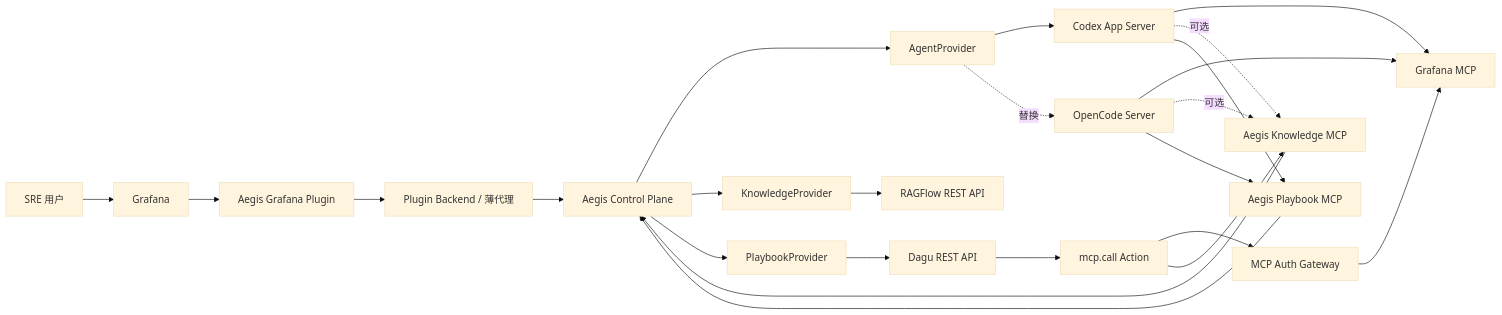
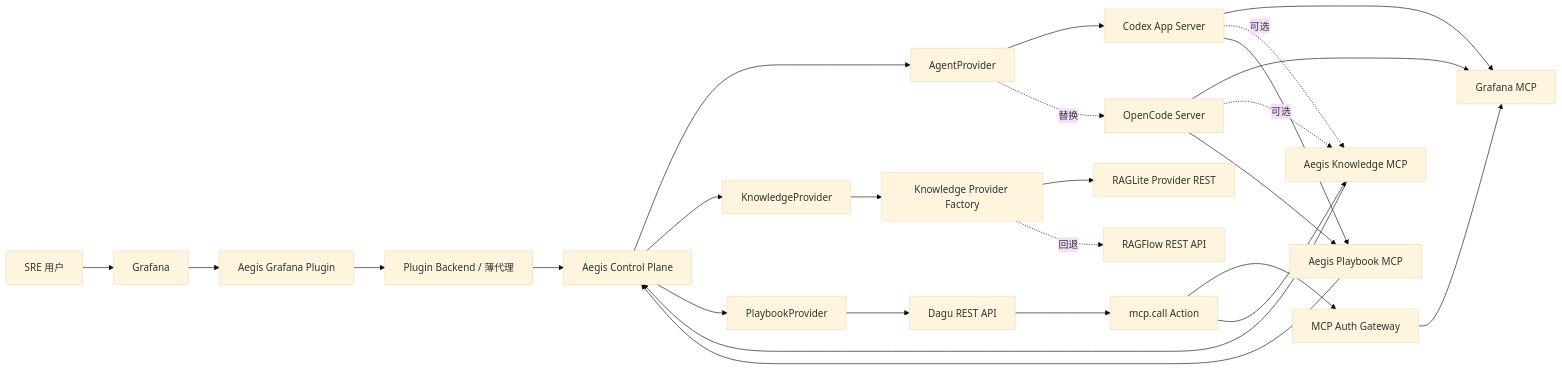
The diagram in docs/architecture.md (ChaonanShen/aegis-sre), drawn with Mermaid (base theme) before and after one commit. The commit also changed other lines of this file and 7 other files, not shown here.

Commit message:
docs: plan raglite knowledge provider migration

````diff
--- a/docs/architecture.md
+++ b/docs/architecture.md
@@ -18,30 +18,32 @@
 ```mermaid
 flowchart LR
     User["SRE 用户"] --> Grafana["Grafana"]
     Grafana --> Plugin["Aegis Grafana Plugin"]
     Plugin --> BFF["Plugin Backend / 薄代理"]
     BFF --> CP["Aegis Control Plane"]
 
     CP --> AgentPort["AgentProvider"]
     CP --> KnowledgePort["KnowledgeProvider"]
     CP --> PlaybookPort["PlaybookProvider"]
 
     AgentPort --> Codex["Codex App Server"]
     AgentPort -. "替换" .-> OpenCode["OpenCode Server"]
-    KnowledgePort --> RAGFlow["RAGFlow REST API"]
+    KnowledgePort --> KnowledgeFactory["Knowledge Provider Factory"]
+    KnowledgeFactory --> RAGLite["RAGLite Provider REST"]
+    KnowledgeFactory -. "回退" .-> RAGFlow["RAGFlow REST API"]
     PlaybookPort --> Dagu["Dagu REST API"]
 
     Codex --> GrafanaMCP["Grafana MCP"]
     Codex -. "可选" .-> KnowledgeMCP["Aegis Knowledge MCP"]
     Codex --> DaguMCP["Aegis Playbook MCP"]
     OpenCode --> GrafanaMCP
     OpenCode -. "可选" .-> KnowledgeMCP
     OpenCode --> DaguMCP
 
     KnowledgeMCP --> CP
     DaguMCP --> CP
     Dagu --> MCPCall["mcp.call Action"]
     MCPCall --> MCPGateway["MCP Auth Gateway"]
     MCPGateway --> GrafanaMCP
     MCPCall --> KnowledgeMCP
 ```
````
